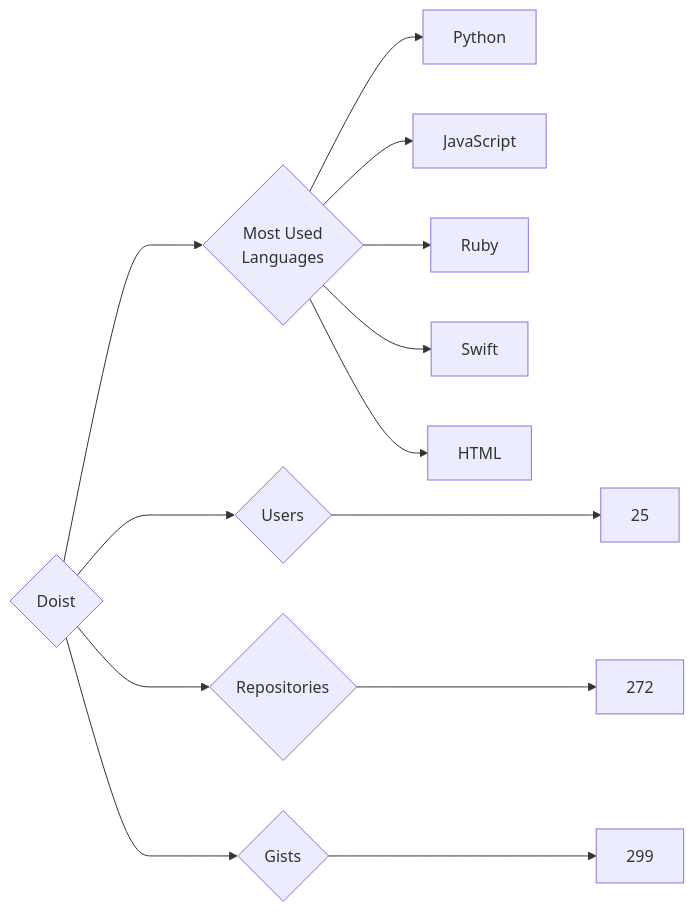
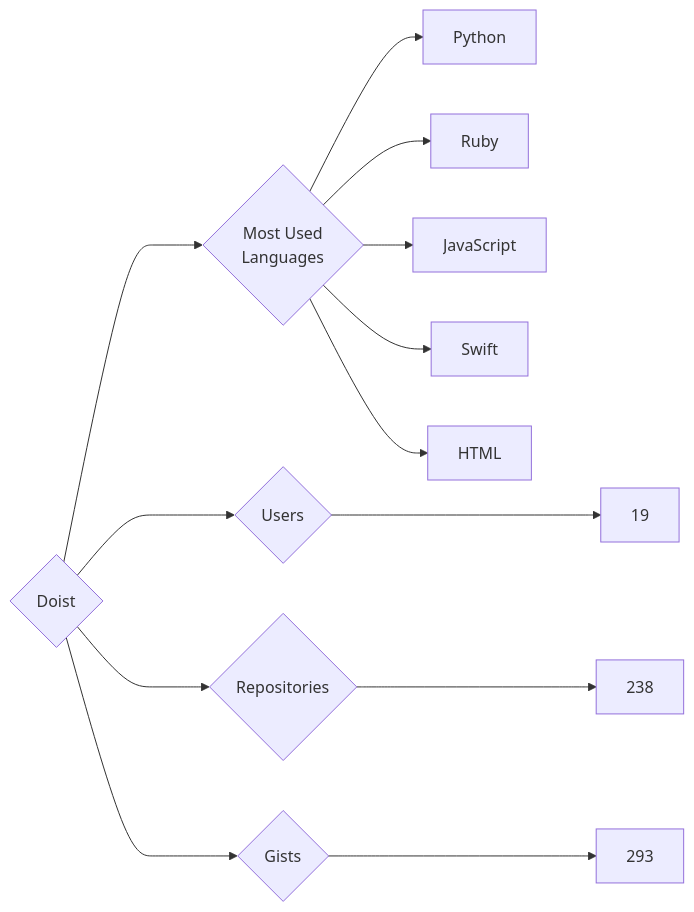
Before and after one commit to trickest/insiders: the diagram in targets/Doist/README.md, drawn with Mermaid. The commit also changed 657 other files, not shown here.

````diff
--- a/targets/Doist/README.md
+++ b/targets/Doist/README.md
@@ -3,13 +3,13 @@
 ```mermaid
 graph LR
 COMPANY_NAME{Doist}
-COMPANY_NAME ---> U{Users} ---> UN[25]
-COMPANY_NAME ---> R{Repositories} ---> RN[272]
-COMPANY_NAME ---> G{Gists} ---> GN[299]
+COMPANY_NAME ---> U{Users} ---> UN[19]
+COMPANY_NAME ---> R{Repositories} ---> RN[238]
+COMPANY_NAME ---> G{Gists} ---> GN[293]
 COMPANY_NAME ---> ML{Most Used<br>Languages}
 ML --> Python[Python]
+ML --> Ruby[Ruby]
 ML --> JavaScript[JavaScript]
-ML --> Ruby[Ruby]
 ML --> Swift[Swift]
 ML --> HTML[HTML]
 ```
````
